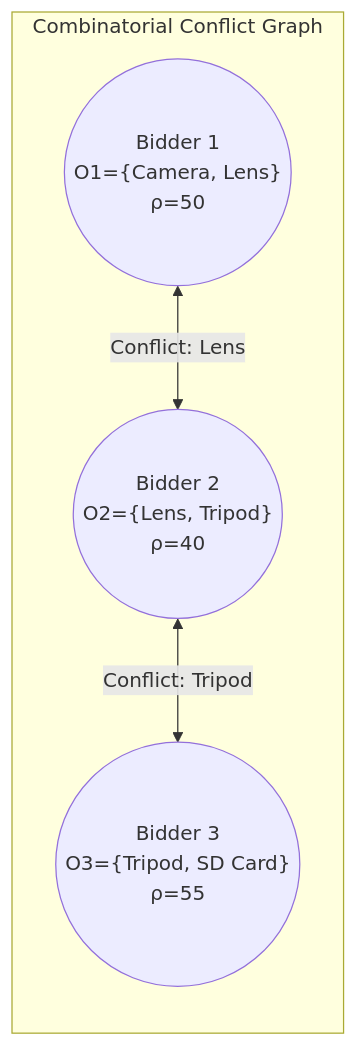
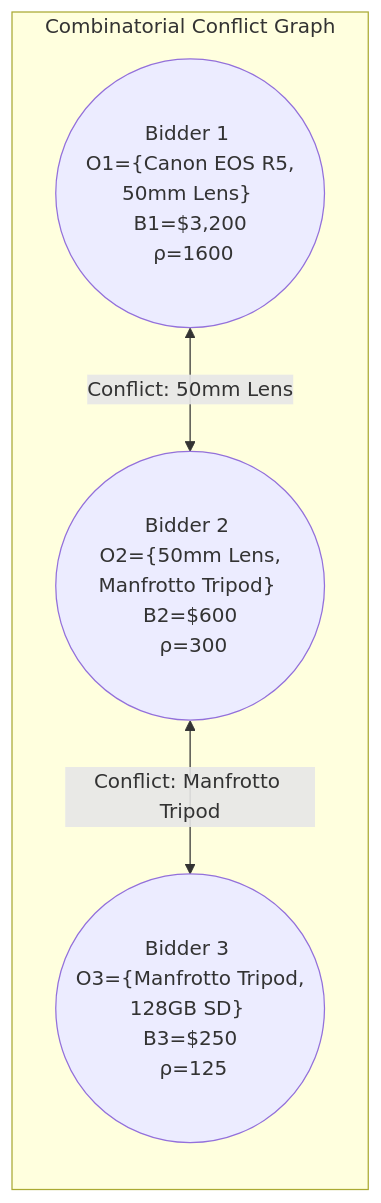
Before and after one commit to juleshenry/swiss-mexican-auction: the second of 3 diagrams in README.md, drawn with Mermaid. The commit also changed other lines of this file, not shown here.

````diff
--- a/README.md
+++ b/README.md
@@ -77,11 +77,11 @@
 ```mermaid
 graph LR
     subgraph Combinatorial Conflict Graph
-        Node1(("Bidder 1 <br> O1={Camera, Lens} <br> ρ=50"))
-        Node2(("Bidder 2 <br> O2={Lens, Tripod} <br> ρ=40"))
-        Node3(("Bidder 3 <br> O3={Tripod, SD Card} <br> ρ=55"))
+        Node1(("Bidder 1 <br> O1={Canon EOS R5, 50mm Lens} <br> B1=$3,200 <br> ρ=1600"))
+        Node2(("Bidder 2 <br> O2={50mm Lens, Manfrotto Tripod} <br> B2=$600 <br> ρ=300"))
+        Node3(("Bidder 3 <br> O3={Manfrotto Tripod, 128GB SD} <br> B3=$250 <br> ρ=125"))
         
-        Node1 <-->|Conflict: Lens| Node2
-        Node2 <-->|Conflict: Tripod| Node3
+        Node1 <-->|Conflict: 50mm Lens| Node2
+        Node2 <-->|Conflict: Manfrotto Tripod| Node3
     end
 ```
````
